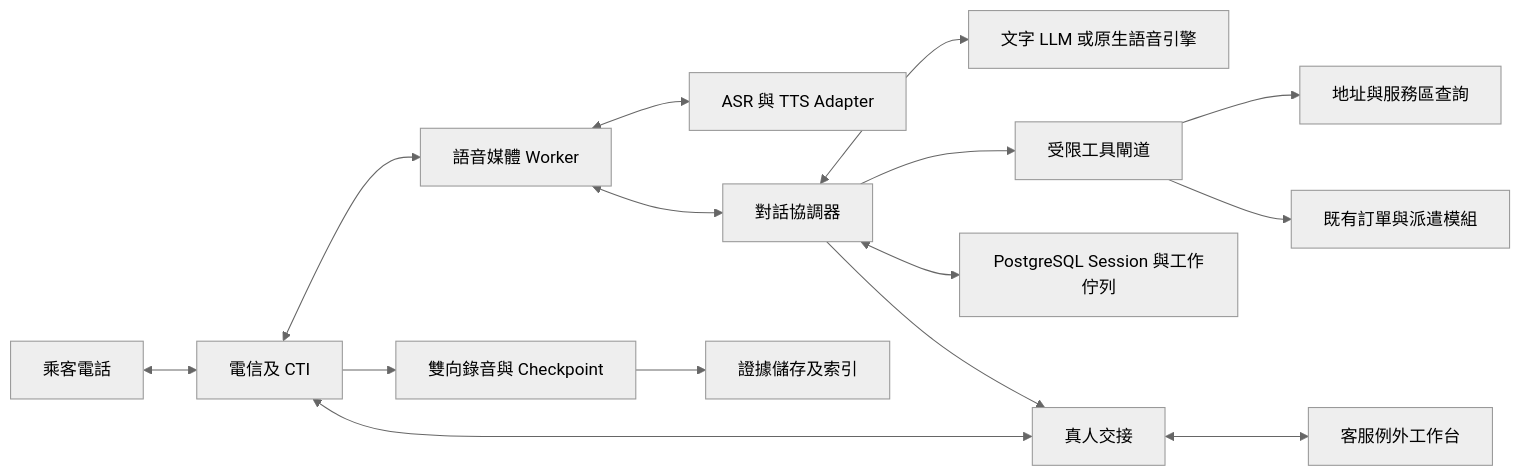
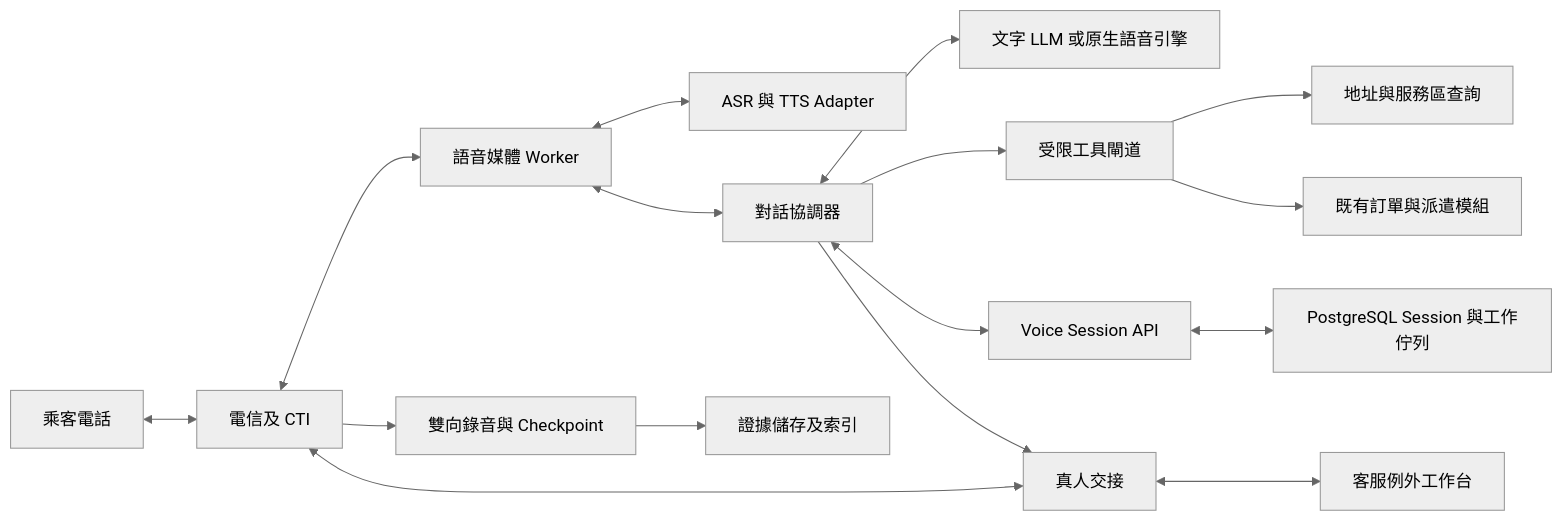
The first of 2 diagrams in docs/02-architecture/phase1-unattended-voice-booking-sd-20260906.md (ajoe734/drts-fleet-platform), drawn with Mermaid (neutral theme) before and after one commit. The commit also changed other lines of this file and 4 other files, not shown here.

````diff
--- a/docs/02-architecture/phase1-unattended-voice-booking-sd-20260906.md
+++ b/docs/02-architecture/phase1-unattended-voice-booking-sd-20260906.md
@@ -43,17 +48,18 @@
 ```mermaid
 flowchart LR
     Caller[乘客電話] <--> CTI[電信及 CTI]
     CTI <--> Media[語音媒體 Worker]
     CTI --> Recorder[雙向錄音與 Checkpoint]
     Media <--> Speech[ASR 與 TTS Adapter]
     Media <--> Dialog[對話協調器]
     Dialog <--> LLM[文字 LLM 或原生語音引擎]
     Dialog --> Tools[受限工具閘道]
     Tools --> Map[地址與服務區查詢]
     Tools --> Core[既有訂單與派遣模組]
     Recorder --> Evidence[證據儲存及索引]
-    Dialog <--> State[PostgreSQL Session 與工作佇列]
+    Dialog <--> VoiceAPI[Voice Session API]
+    VoiceAPI <--> State[PostgreSQL Session 與工作佇列]
     Dialog --> Handoff[真人交接]
     Handoff <--> CTI
     Handoff <--> Console[客服例外工作台]
 ```
````
